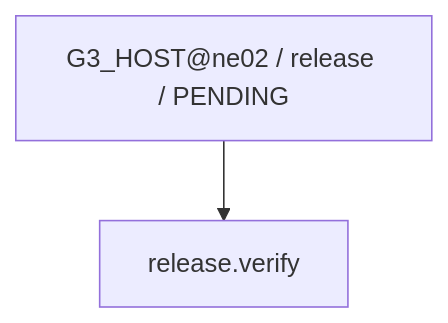
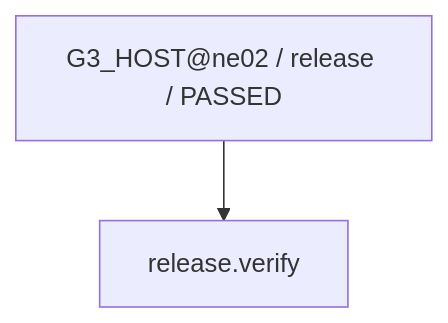
One commit to rrikunagasige-dot/kyotsu-step-web changed diagram 32 of 45 in work/items/W-MATH-036-ne02-n11-n12-guided-design/generated/CAPABILITY_FIRE_DIAGRAM.md. Above: the diagram before and after it, drawn with Mermaid. The commit also changed other lines of this file and 52 other files, not shown here.

````diff
--- a/work/items/W-MATH-036-ne02-n11-n12-guided-design/generated/CAPABILITY_FIRE_DIAGRAM.md
+++ b/work/items/W-MATH-036-ne02-n11-n12-guided-design/generated/CAPABILITY_FIRE_DIAGRAM.md
@@ -522,6 +522,6 @@
 ```mermaid
 flowchart TD
-  N0["G3_HOST@ne02 / release / PENDING"]
+  N0["G3_HOST@ne02 / release / PASSED"]
   N1["release.verify"]
   N0 --> N1
 ```
````
